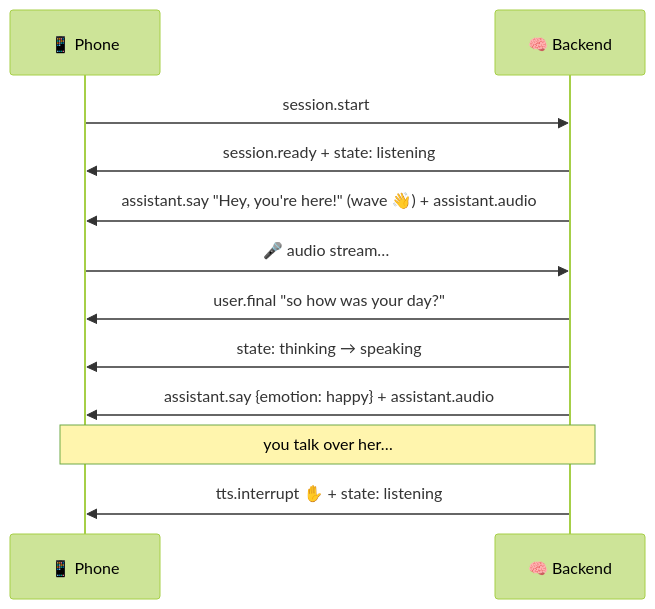
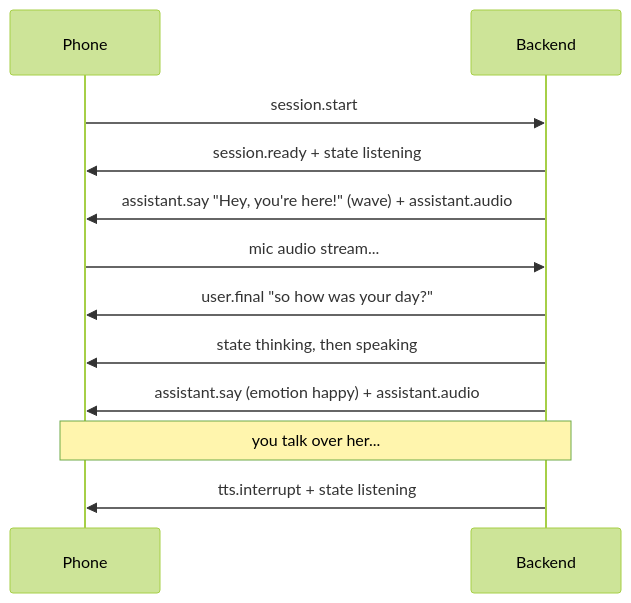
Before and after one commit to chiragdhunna/vyra-backend: the second of 2 diagrams in README.md, drawn with Mermaid (forest theme). The commit also changed other lines of this file, not shown here.

First line of the commit message:
docs: GitHub-safe mermaid diagrams

````diff
--- a/README.md
+++ b/README.md
@@ -221,14 +225,14 @@
 ```mermaid
 sequenceDiagram
-    participant P as 📱 Phone
-    participant B as 🧠 Backend
+    participant P as Phone
+    participant B as Backend
     P->>B: session.start
-    B->>P: session.ready + state: listening
-    B->>P: assistant.say "Hey, you're here!" (wave 👋) + assistant.audio
-    P->>B: 🎤 audio stream…
+    B->>P: session.ready + state listening
+    B->>P: assistant.say "Hey, you're here!" (wave) + assistant.audio
+    P->>B: mic audio stream...
     B->>P: user.final "so how was your day?"
-    B->>P: state: thinking → speaking
-    B->>P: assistant.say {emotion: happy} + assistant.audio
-    Note over P,B: you talk over her…
-    B->>P: tts.interrupt ✋ + state: listening
+    B->>P: state thinking, then speaking
+    B->>P: assistant.say (emotion happy) + assistant.audio
+    Note over P,B: you talk over her...
+    B->>P: tts.interrupt + state listening
 ```
````
